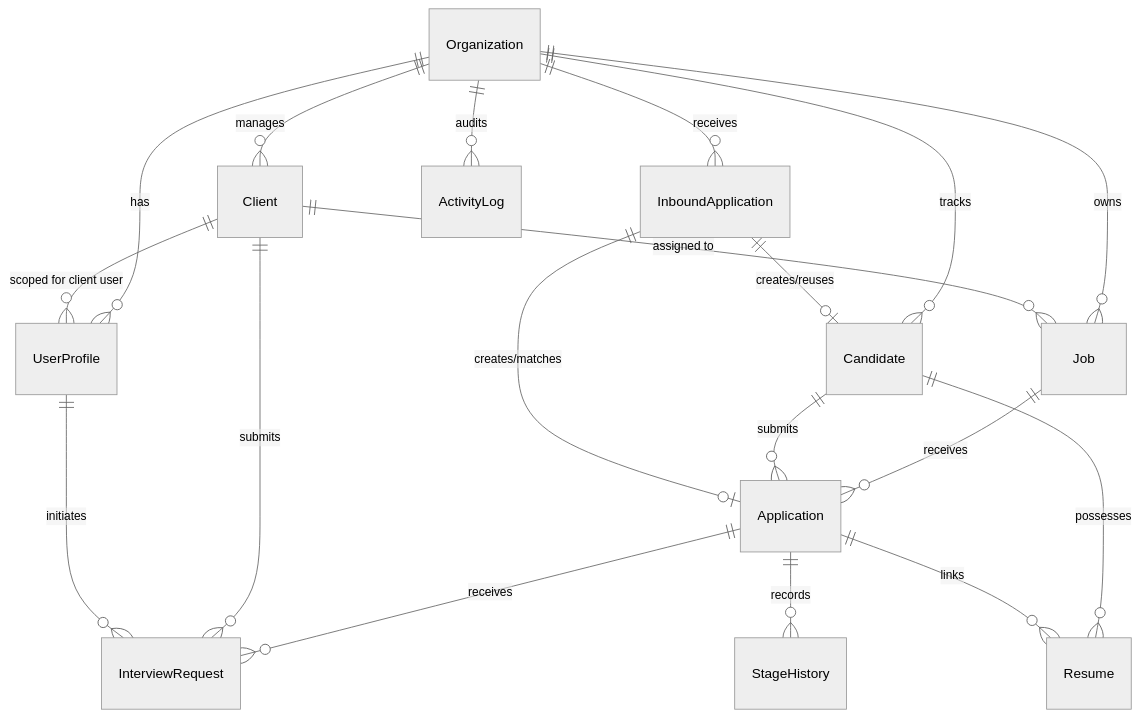
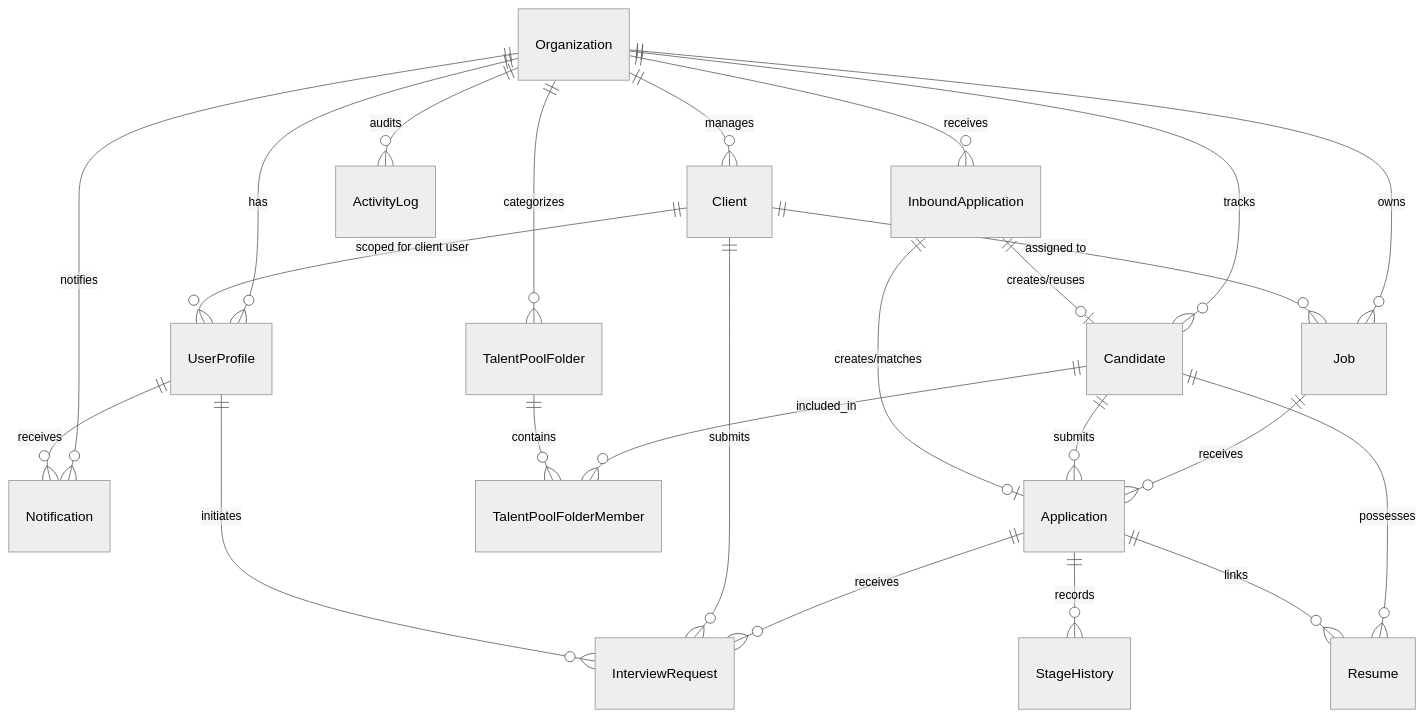
The diagram in docs/DATA_MODEL.md (vu2f2425015-arch/Hiredesk), drawn with Mermaid (neutral theme) before and after one commit. The commit also changed other lines of this file and 29 other files, not shown here.

Commit message:
feat(phase8): talent pool, advanced reporting, in-app notifications, and gated ai recruiter

````diff
--- a/docs/DATA_MODEL.md
+++ b/docs/DATA_MODEL.md
@@ -5,25 +5,30 @@
 ```mermaid
 erDiagram
     Organization ||--o{ UserProfile : has
     Organization ||--o{ Client : manages
     Organization ||--o{ Job : owns
     Organization ||--o{ Candidate : tracks
     Organization ||--o{ InboundApplication : receives
     Organization ||--o{ ActivityLog : audits
+    Organization ||--o{ TalentPoolFolder : categorizes
+    Organization ||--o{ Notification : notifies
 
     Client ||--o{ Job : "assigned to"
     Client ||--o{ UserProfile : "scoped for client user"
 
     Job ||--o{ Application : receives
     Candidate ||--o{ Application : submits
     Candidate ||--o{ Resume : possesses
+    Candidate ||--o{ TalentPoolFolderMember : included_in
+    TalentPoolFolder ||--o{ TalentPoolFolderMember : contains
+    UserProfile ||--o{ Notification : receives
     Application ||--o{ Resume : links
     Application ||--o{ StageHistory : records
     Application ||--o{ InterviewRequest : receives
 
     Client ||--o{ InterviewRequest : "submits"
     UserProfile ||--o{ InterviewRequest : "initiates"
 
     InboundApplication ||--o| Application : "creates/matches"
     InboundApplication ||--o| Candidate : "creates/reuses"
 ```
````
